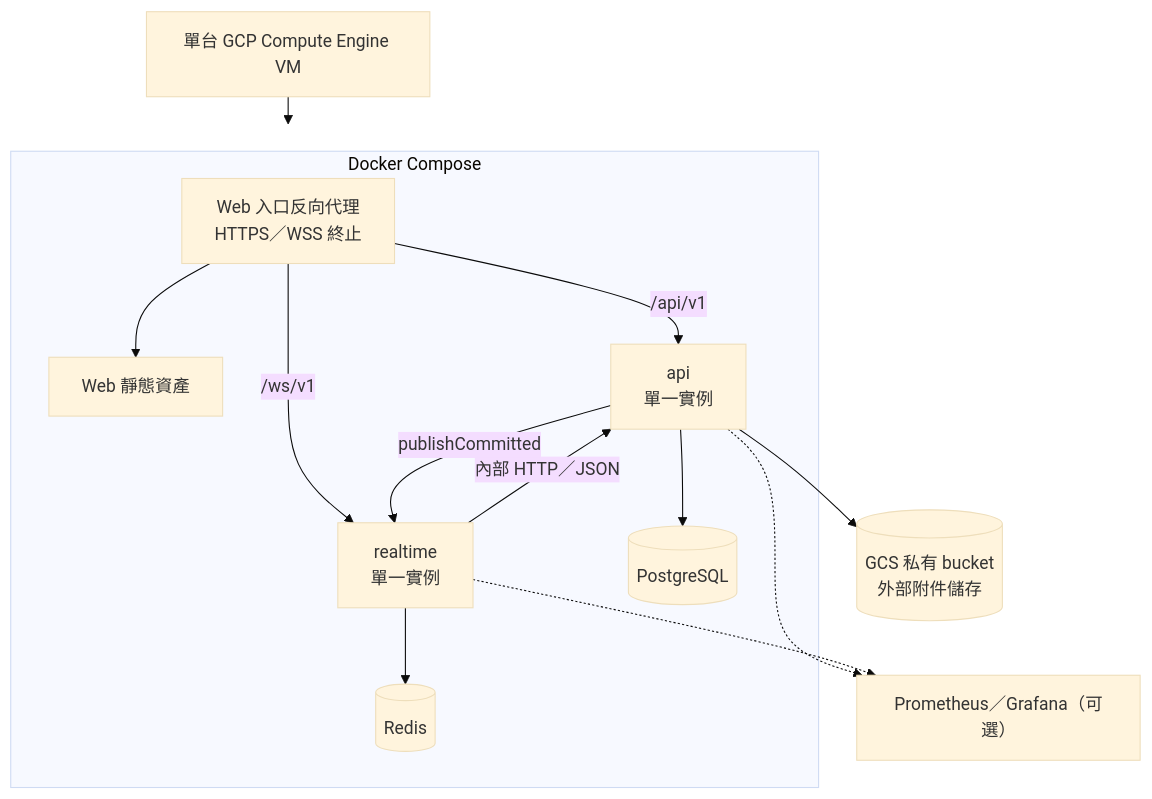
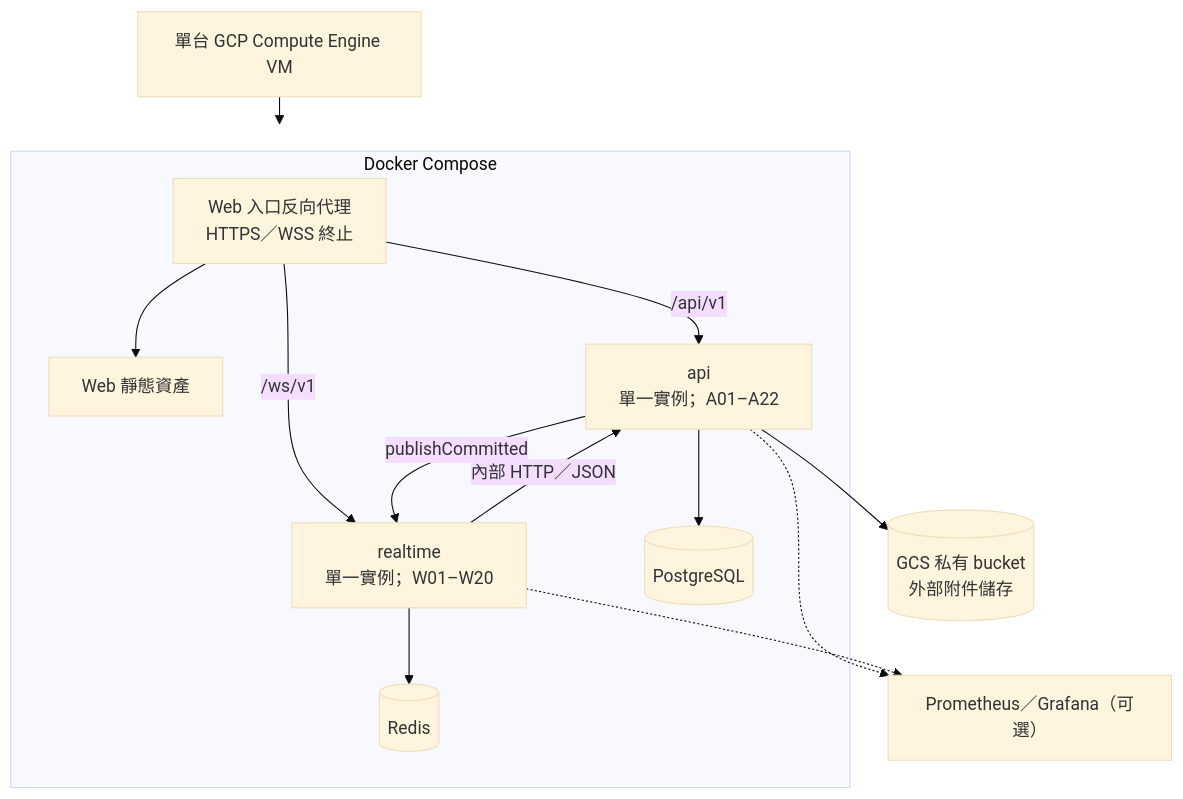
Before and after one commit to LeoCheng-space/Hine: the ninth of 9 diagrams in docs/architecture/README.md, drawn with Mermaid (base theme). The commit also changed other lines of this file and 11 other files, not shown here.

````diff
--- a/docs/architecture/README.md
+++ b/docs/architecture/README.md
@@ -333,25 +334,25 @@
 ```mermaid
 flowchart TB
   vm["單台 GCP Compute Engine VM"]
   subgraph compose["Docker Compose"]
     proxy["Web 入口反向代理<br/>HTTPS／WSS 終止"]
     web["Web 靜態資產"]
-    api["api<br/>單一實例"]
-    rt["realtime<br/>單一實例"]
+    api["api<br/>單一實例；A01–A22"]
+    rt["realtime<br/>單一實例；W01–W20"]
     pg[("PostgreSQL")]
     redis[("Redis")]
     proxy --> web
     proxy -->|"/api/v1"| api
     proxy -->|"/ws/v1"| rt
     rt -->|"內部 HTTP／JSON"| api
     api -->|"publishCommitted"| rt
     api --> pg
     rt --> redis
   end
   gcs[("GCS 私有 bucket<br/>外部附件儲存")]
   optional["Prometheus／Grafana（可選）"]
   vm --> compose
   api --> gcs
   api -.-> optional
   rt -.-> optional
 ```
````
